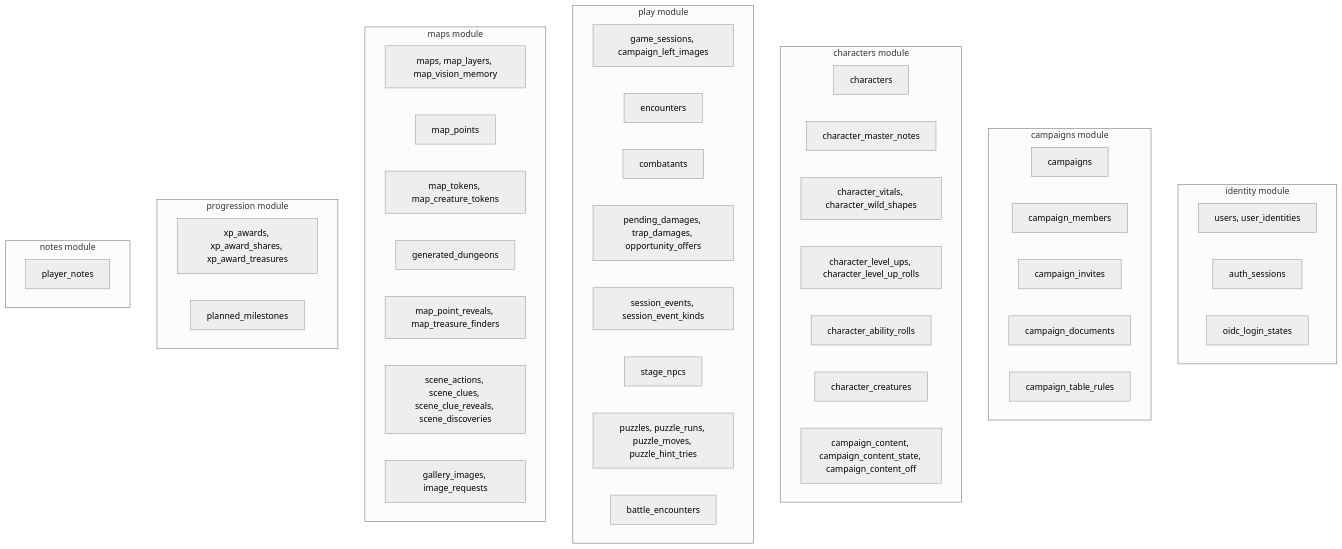
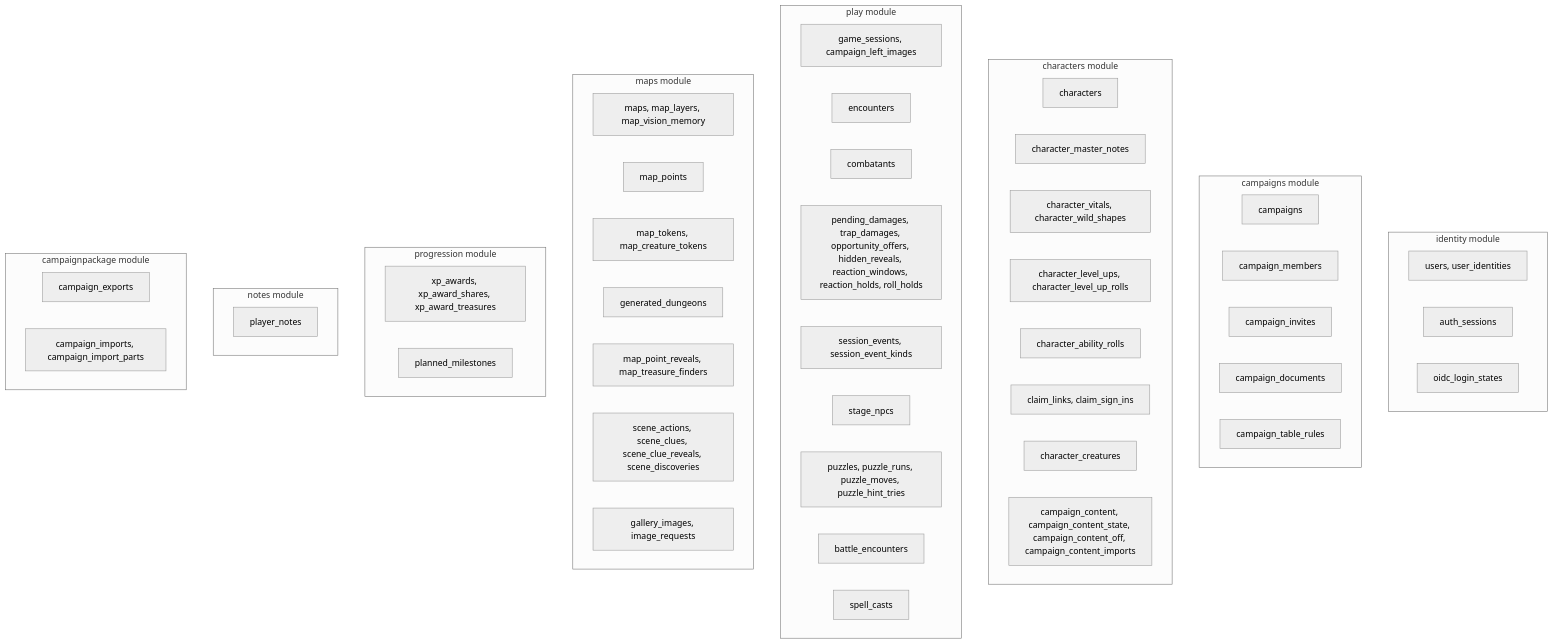
The first of 7 diagrams in docs/data.md (PuraFome/meuRPG), drawn with Mermaid (neutral theme) before and after one commit. The commit also changed other lines of this file and 908 other files, not shown here.

````diff
--- a/docs/data.md
+++ b/docs/data.md
@@ -29,56 +29,63 @@
 ```mermaid
 flowchart TD
     subgraph identity["identity module"]
         t_users["users, user_identities"]
         t_auth_sessions["auth_sessions"]
         t_oidc_login_states["oidc_login_states"]
     end
 
     subgraph campaigns_mod["campaigns module"]
         t_campaigns["campaigns"]
         t_campaign_members["campaign_members"]
         t_campaign_invites["campaign_invites"]
         t_campaign_documents["campaign_documents"]
         t_campaign_table_rules["campaign_table_rules"]
     end
 
     subgraph characters_mod["characters module"]
         t_characters["characters"]
         t_character_master_notes["character_master_notes"]
         t_character_vitals["character_vitals, character_wild_shapes"]
         t_character_level_ups["character_level_ups, character_level_up_rolls"]
         t_character_ability_rolls["character_ability_rolls"]
+        t_claim_links["claim_links, claim_sign_ins"]
         t_character_creatures["character_creatures"]
-        t_campaign_content["campaign_content, campaign_content_state, campaign_content_off"]
+        t_campaign_content["campaign_content, campaign_content_state, campaign_content_off, campaign_content_imports"]
     end
 
     subgraph play["play module"]
         t_game_sessions["game_sessions, campaign_left_images"]
         t_encounters["encounters"]
         t_combatants["combatants"]
-        t_damage["pending_damages, trap_damages, opportunity_offers"]
+        t_damage["pending_damages, trap_damages, opportunity_offers, hidden_reveals, reaction_windows, reaction_holds, roll_holds"]
         t_session_events["session_events, session_event_kinds"]
         t_stage_npcs["stage_npcs"]
         t_puzzles["puzzles, puzzle_runs, puzzle_moves, puzzle_hint_tries"]
         t_battle_encounters["battle_encounters"]
+        t_spell_casts["spell_casts"]
     end
 
     subgraph maps_mod["maps module"]
         t_maps["maps, map_layers, map_vision_memory"]
         t_map_points["map_points"]
         t_map_tokens["map_tokens, map_creature_tokens"]
         t_generated_dungeons["generated_dungeons"]
         t_map_point_reveals["map_point_reveals, map_treasure_finders"]
         t_scene["scene_actions, scene_clues, scene_clue_reveals, scene_discoveries"]
         t_gallery_images["gallery_images, image_requests"]
     end
 
     subgraph progression["progression module"]
         t_xp_awards["xp_awards, xp_award_shares, xp_award_treasures"]
         t_planned_milestones["planned_milestones"]
     end
 
     subgraph notes_mod["notes module"]
         t_player_notes["player_notes"]
     end
+
+    subgraph package_mod["campaignpackage module"]
+        t_exports["campaign_exports"]
+        t_imports["campaign_imports, campaign_import_parts"]
+    end
 ```
````
